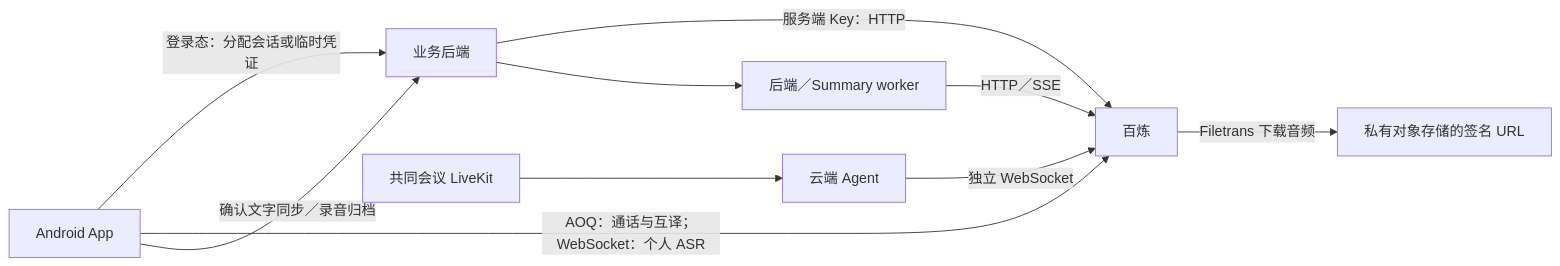
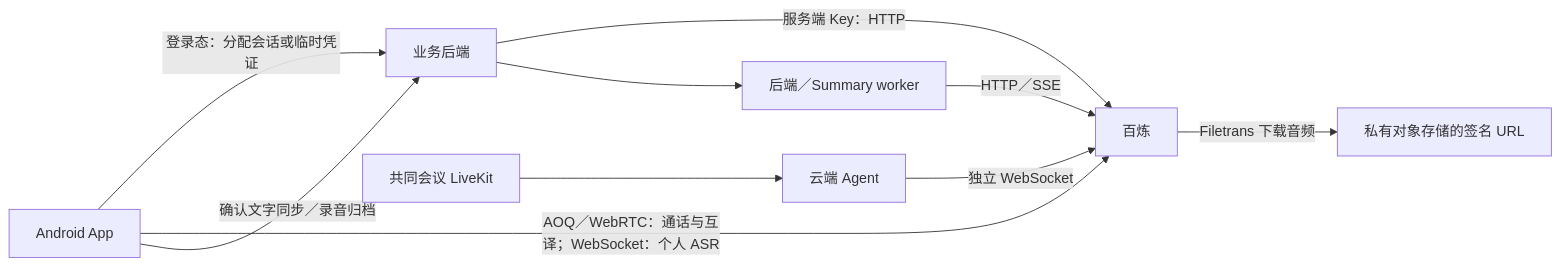
The diagram in docs/features/llm-integration.md (John-Shao/we-meet), drawn with Mermaid before and after one commit. The commit also changed other lines of this file and 2 other files, not shown here.

Commit message:
feat(translation): support WebRTC session signaling

````diff
--- a/docs/features/llm-integration.md
+++ b/docs/features/llm-integration.md
@@ -33,12 +33,12 @@
 ```mermaid
 flowchart LR
     App[Android App] -->|登录态：分配会话或临时凭证| API[业务后端]
     API -->|服务端 Key：HTTP| Ali[百炼]
-    App -->|AOQ：通话与互译；WebSocket：个人 ASR| Ali
+    App -->|AOQ／WebRTC：通话与互译；WebSocket：个人 ASR| Ali
     App -->|确认文字同步／录音归档| API
     Room[共同会议 LiveKit] --> Agent[云端 Agent]
     Agent -->|独立 WebSocket| Ali
     API --> Worker[后端／Summary worker]
     Worker -->|HTTP／SSE| Ali
     Ali -->|Filetrans 下载音频| Storage[私有对象存储的签名 URL]
 ```
````
